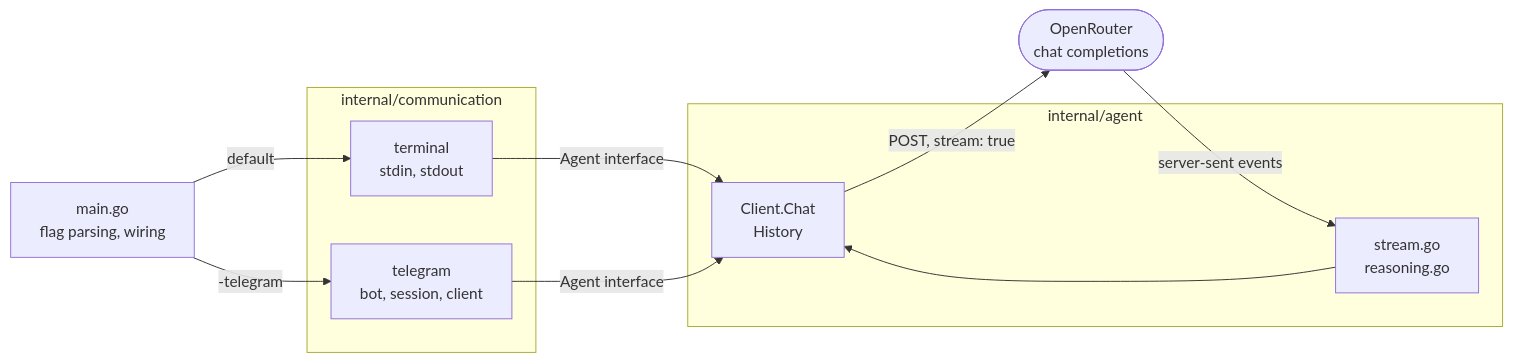
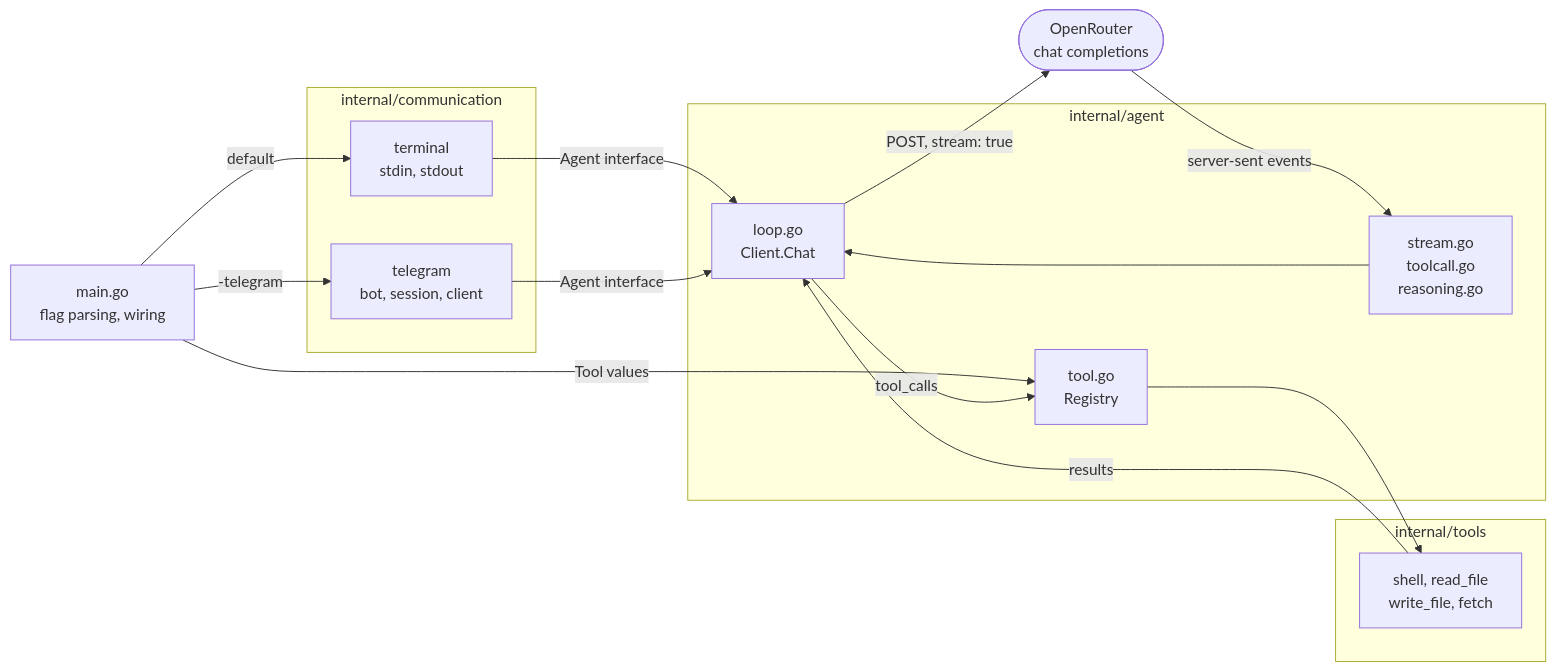
Before and after one commit to skryvets/my-agent: the first of 2 diagrams in README.md, drawn with Mermaid. The commit also changed other lines of this file and 21 other files, not shown here.

````diff
--- a/README.md
+++ b/README.md
@@ -12,24 +13,33 @@
 ```mermaid
 flowchart LR
     main["main.go<br/>flag parsing, wiring"]
 
     subgraph comm ["internal/communication"]
         term["terminal<br/>stdin, stdout"]
         tg["telegram<br/>bot, session, client"]
     end
 
     subgraph core ["internal/agent"]
-        chat["Client.Chat<br/>History"]
-        sse["stream.go<br/>reasoning.go"]
+        chat["loop.go<br/>Client.Chat"]
+        reg["tool.go<br/>Registry"]
+        sse["stream.go<br/>toolcall.go<br/>reasoning.go"]
+    end
+
+    subgraph kit ["internal/tools"]
+        sh["shell, read_file<br/>write_file, fetch"]
     end
 
     api(["OpenRouter<br/>chat completions"])
 
     main -->|default| term
     main -->|"-telegram"| tg
+    main -->|Tool values| reg
     term -->|Agent interface| chat
     tg -->|Agent interface| chat
     chat -->|"POST, stream: true"| api
     api -->|server-sent events| sse
     sse --> chat
+    chat -->|tool_calls| reg
+    reg --> sh
+    sh -->|results| chat
 ```
````
